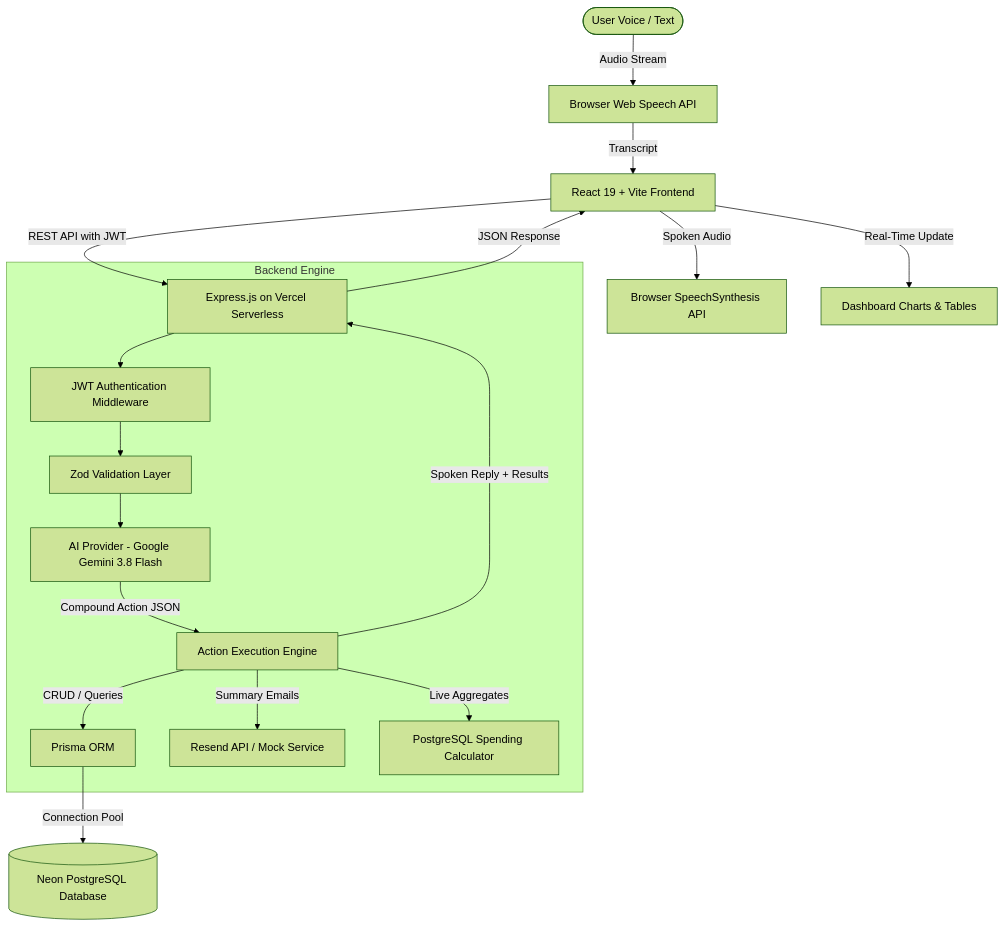
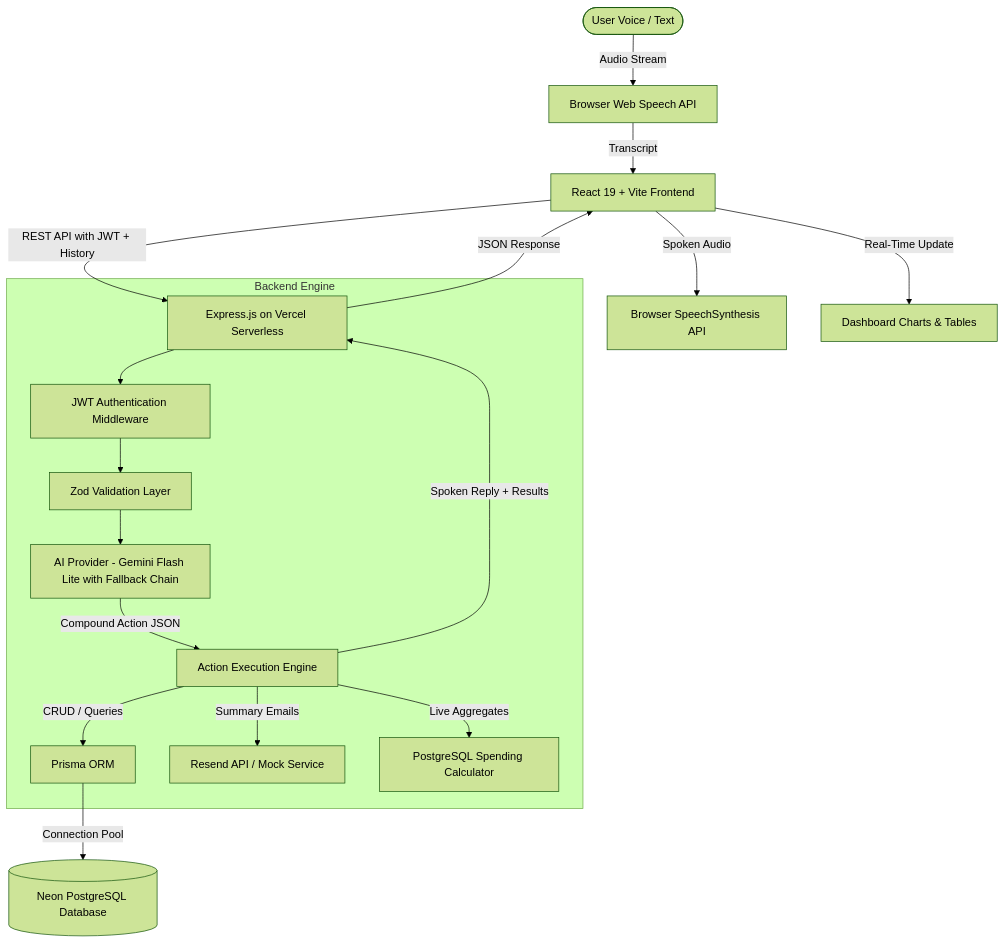
One commit to Abhijeetkv/VoiceLedger changed the first of 2 diagrams in README.md. Above: the diagram before and after it, drawn with Mermaid (forest theme). The commit also changed other lines of this file and 2 other files, not shown here.

Commit message:
docs: update README documentation for conversational AI, model chain, and UI scroll behavior

````diff
--- a/README.md
+++ b/README.md
@@ -39,24 +40,24 @@
 ```mermaid
 graph TD
     User([User Voice / Text]) -->|Audio Stream| BrowserSpeech[Browser Web Speech API]
     BrowserSpeech -->|Transcript| ReactClient[React 19 + Vite Frontend]
-    ReactClient -->|REST API with JWT| ExpressServer[Express.js on Vercel Serverless]
+    ReactClient -->|REST API with JWT + History| ExpressServer[Express.js on Vercel Serverless]
     
     subgraph Backend Engine
         ExpressServer --> AuthMid[JWT Authentication Middleware]
         AuthMid --> ZodVal[Zod Validation Layer]
-        ZodVal --> AIService[AI Provider - Google Gemini 3.8 Flash]
+        ZodVal --> AIService[AI Provider - Gemini Flash Lite with Fallback Chain]
         AIService -->|Compound Action JSON| ActionExec[Action Execution Engine]
         
         ActionExec -->|CRUD / Queries| PrismaClient[Prisma ORM]
         ActionExec -->|Summary Emails| ResendEmail[Resend API / Mock Service]
         ActionExec -->|Live Aggregates| AnalyticsEngine[PostgreSQL Spending Calculator]
     end
     
     PrismaClient -->|Connection Pool| NeonDB[(Neon PostgreSQL Database)]
     
     ActionExec -->|Spoken Reply + Results| ExpressServer
     ExpressServer -->|JSON Response| ReactClient
     ReactClient -->|Spoken Audio| SpeechSynth[Browser SpeechSynthesis API]
     ReactClient -->|Real-Time Update| DashboardUI[Dashboard Charts & Tables]
 ```
````
